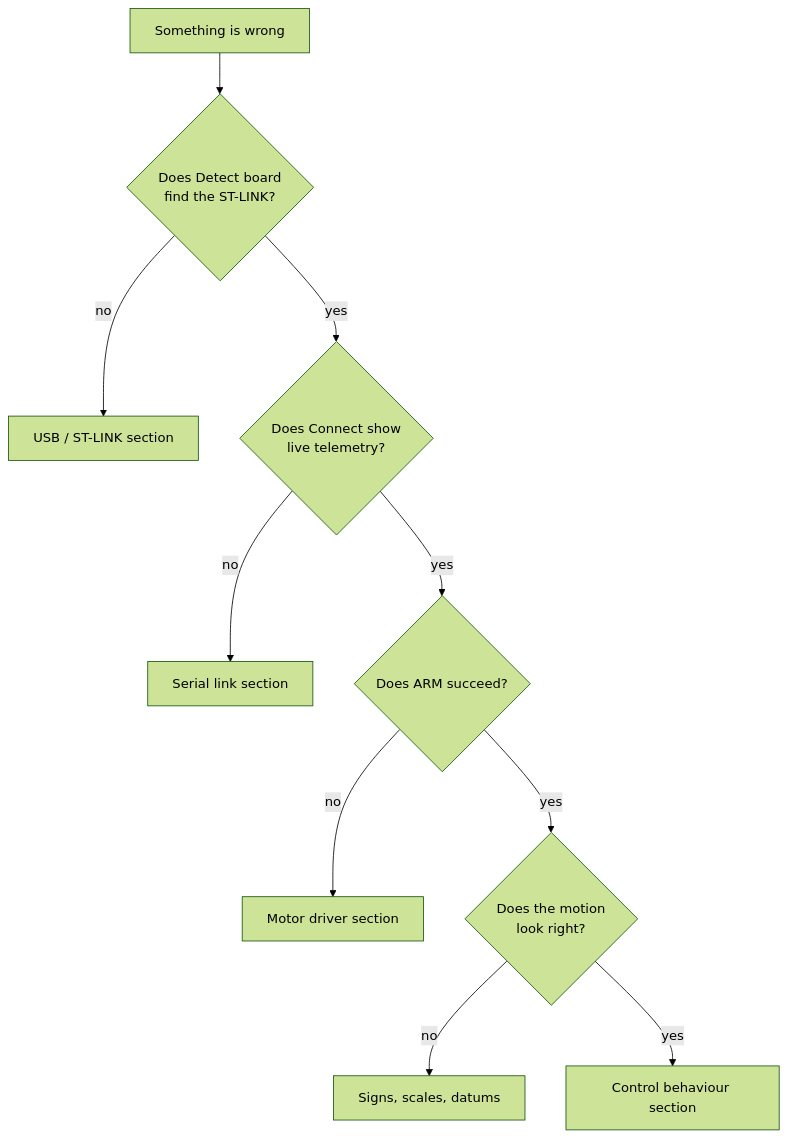
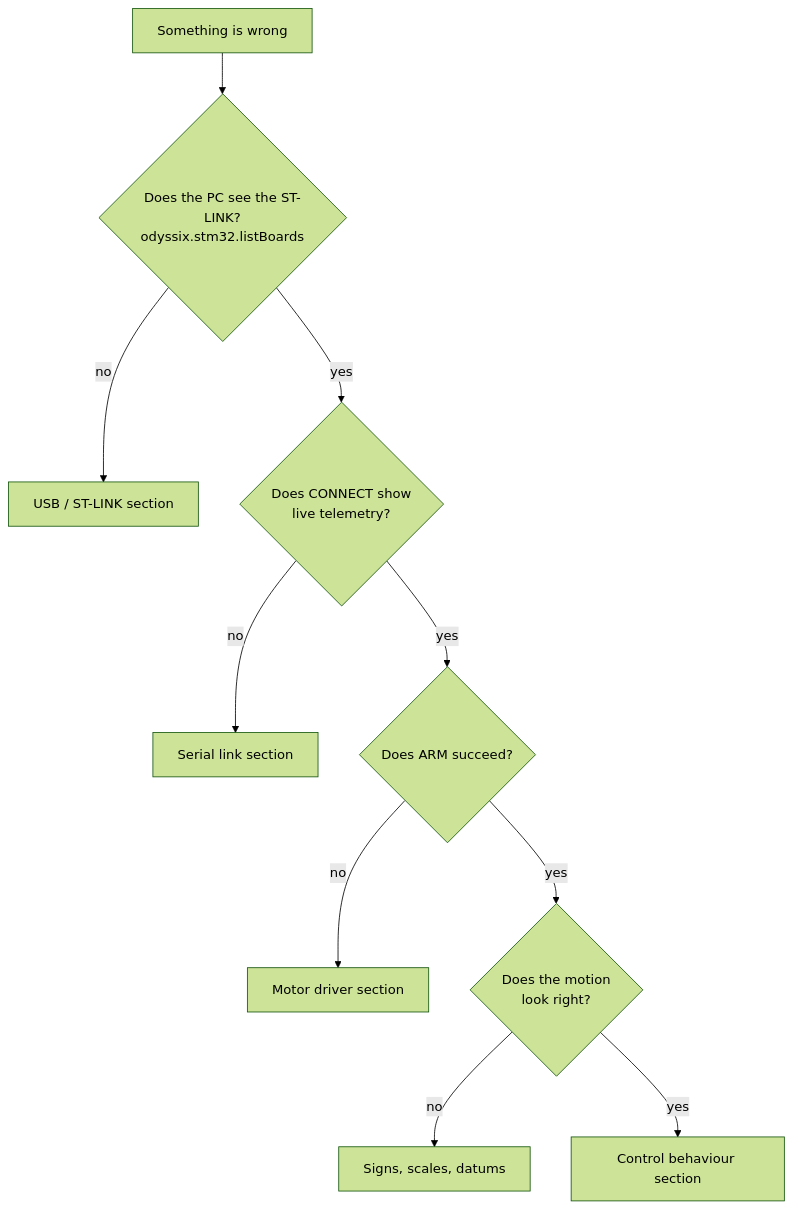
Before and after one commit to Samarth030312/enr312-rotary-inverted-pendulum: the diagram in docs/TROUBLESHOOTING.md, drawn with Mermaid (forest theme). The commit also changed other lines of this file and 59 other files, not shown here.

````diff
--- a/docs/TROUBLESHOOTING.md
+++ b/docs/TROUBLESHOOTING.md
@@ -8,12 +8,12 @@
 ```mermaid
 flowchart TD
-    A[Something is wrong] --> B{Does Detect board<br/>find the ST-LINK?}
+    A[Something is wrong] --> B{Does the PC see the ST-LINK?<br/>odyssix.stm32.listBoards}
     B -- no --> C[USB / ST-LINK section]
-    B -- yes --> D{Does Connect show<br/>live telemetry?}
+    B -- yes --> D{Does CONNECT show<br/>live telemetry?}
     D -- no --> E[Serial link section]
     D -- yes --> F{Does ARM succeed?}
     F -- no --> G[Motor driver section]
     F -- yes --> H{Does the motion<br/>look right?}
     H -- no --> I[Signs, scales, datums]
     H -- yes --> J[Control behaviour section]
 ```
````
